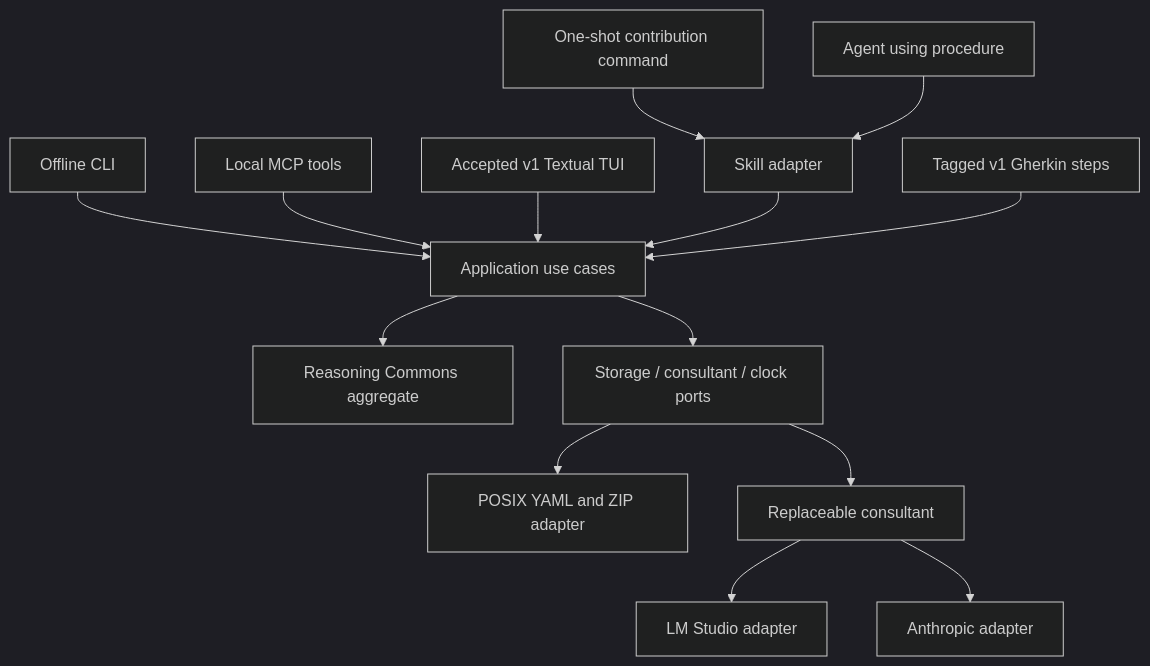
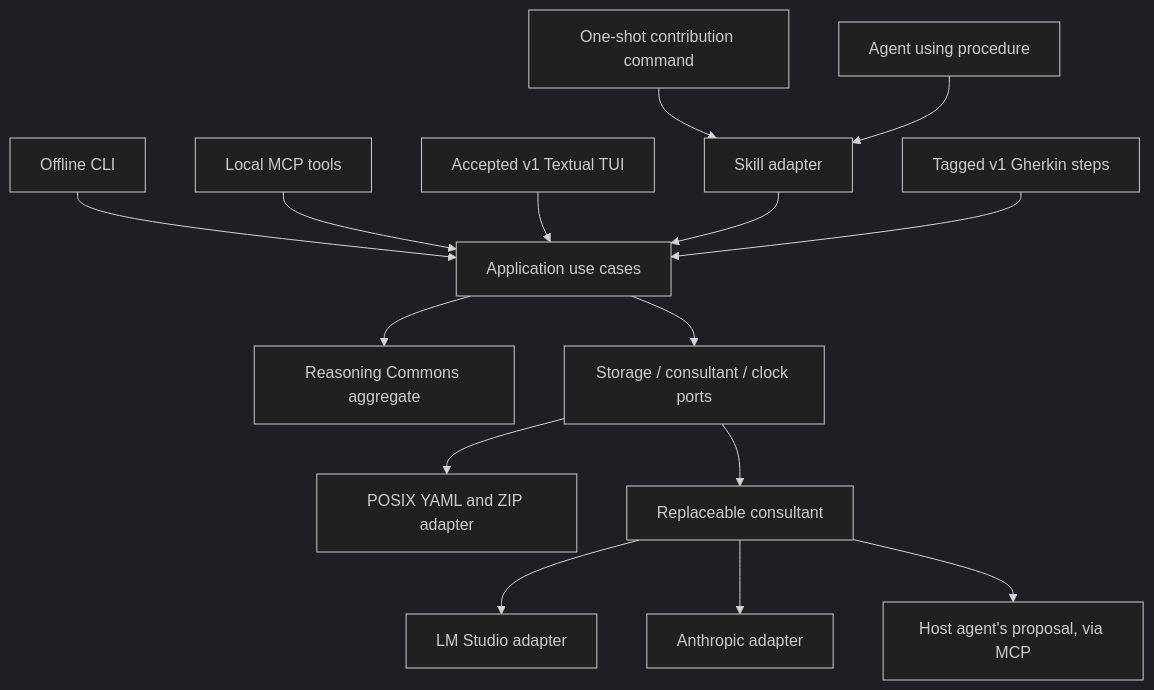
One commit to life-itself/reason-commons-tui changed the diagram in ARCHITECTURE.md. Above: the diagram before and after it, drawn with Mermaid (dark theme). The commit also changed other lines of this file and 19 other files, not shown here.

````diff
--- a/ARCHITECTURE.md
+++ b/ARCHITECTURE.md
@@ -15,16 +15,17 @@
 ```mermaid
 flowchart TD
   CLI[Offline CLI] --> App[Application use cases]
   Invocation[One-shot contribution command] --> Skill
   MCP[Local MCP tools] --> App
   TUI[Accepted v1 Textual TUI] --> App
   Agent[Agent using procedure] --> Skill[Skill adapter]
   Skill --> App
   BDD[Tagged v1 Gherkin steps] --> App
   App --> Domain[Reasoning Commons aggregate]
   App --> Ports[Storage / consultant / clock ports]
   Ports --> FS[POSIX YAML and ZIP adapter]
   Ports --> Provider[Replaceable consultant]
   Provider --> LMS[LM Studio adapter]
   Provider --> Anth[Anthropic adapter]
+  Provider --> Host[Host agent's proposal, via MCP]
 ```
````
